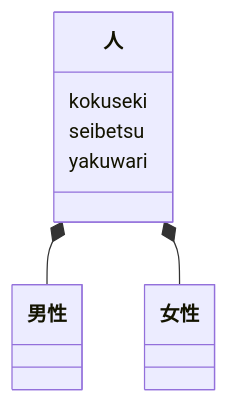
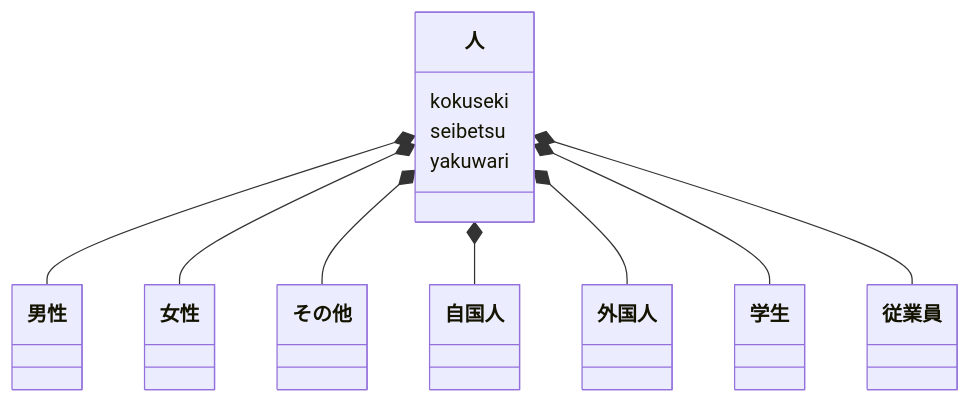
Before and after one commit to tpu-game-2022/mermaid_test: the second of 2 diagrams in README.md, drawn with Mermaid.

Commit message:
クラス図テスト03

````diff
--- a/README.md
+++ b/README.md
@@ -55,9 +55,14 @@
 ```mermaid
-  classDiagram
+classDiagram
   人 : kokuseki
   人 : seibetsu
   人 : yakuwari
   人 *-- 男性
   人 *-- 女性
- 
+  人 *-- その他
+  人 *-- 自国人
+  人 *-- 外国人
+  人 *-- 学生
+  人 *-- 従業員
+
 ```
````
